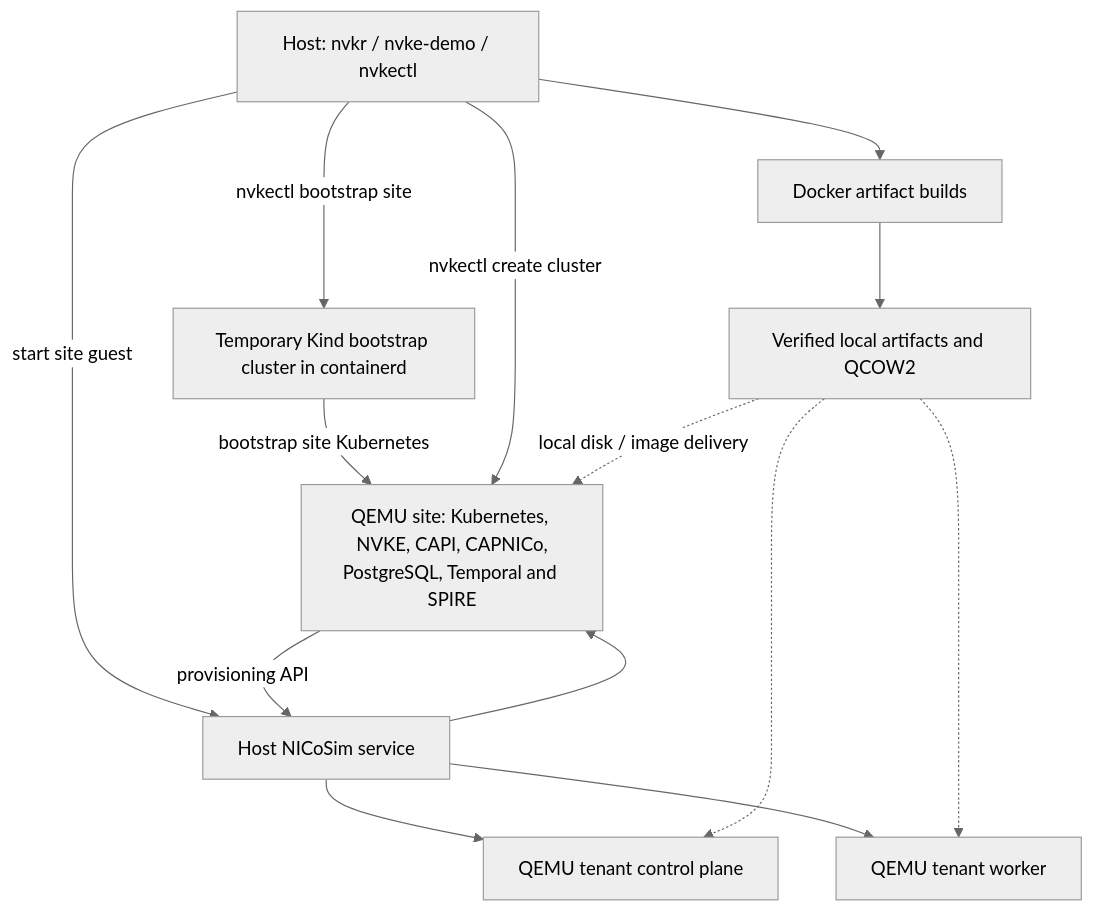
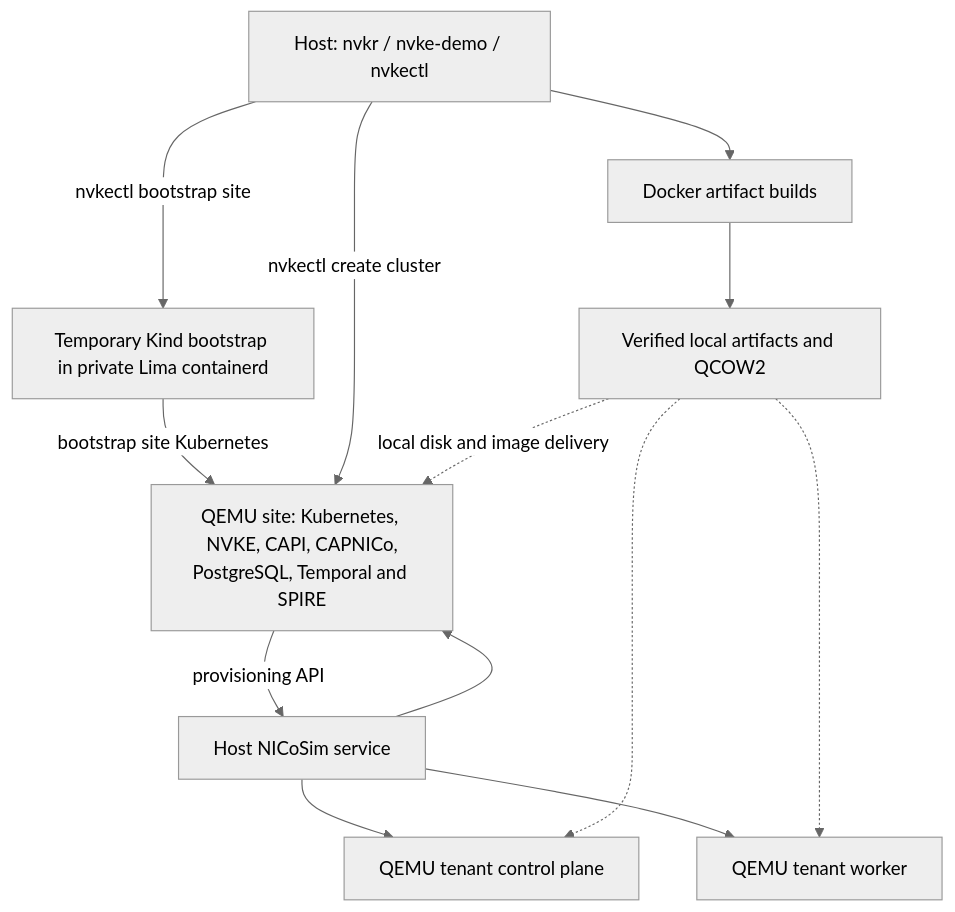
Before and after one commit to dsx-ai-factory/nvkr: the diagram in docs/local-nvke-demo.md, drawn with Mermaid (neutral theme). The commit also changed other lines of this file and 22 other files, not shown here.

````diff
--- a/docs/local-nvke-demo.md
+++ b/docs/local-nvke-demo.md
@@ -10,23 +11,22 @@
 ```mermaid
 flowchart TD
   CLI["Host: nvkr / nvke-demo / nvkectl"]
   BUILD["Docker artifact builds"]
   FILES["Verified local artifacts and QCOW2"]
-  KIND["Temporary Kind bootstrap cluster in containerd"]
+  KIND["Temporary Kind bootstrap in private Lima containerd"]
   SIM["Host NICoSim service"]
   SITE["QEMU site: Kubernetes, NVKE, CAPI, CAPNICo,<br/>PostgreSQL, Temporal and SPIRE"]
   CP["QEMU tenant control plane"]
   WORKER["QEMU tenant worker"]
   CLI --> BUILD --> FILES
-  CLI -->|"start site guest"| SIM
   CLI -->|"nvkectl bootstrap site"| KIND
   KIND -->|"bootstrap site Kubernetes"| SITE
   CLI -->|"nvkectl create cluster"| SITE
   SITE -->|"provisioning API"| SIM
   SIM --> SITE
   SIM --> CP
   SIM --> WORKER
-  FILES -.->|"local disk / image delivery"| SITE
+  FILES -.->|"local disk and image delivery"| SITE
   FILES -.-> CP
   FILES -.-> WORKER
 ```
````
